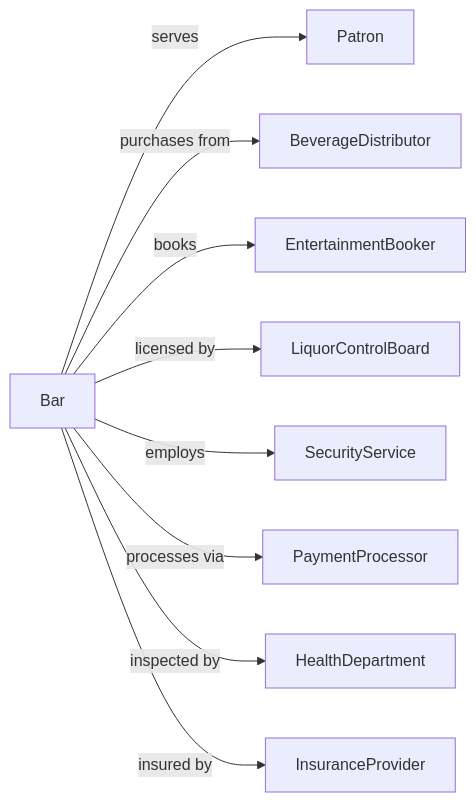
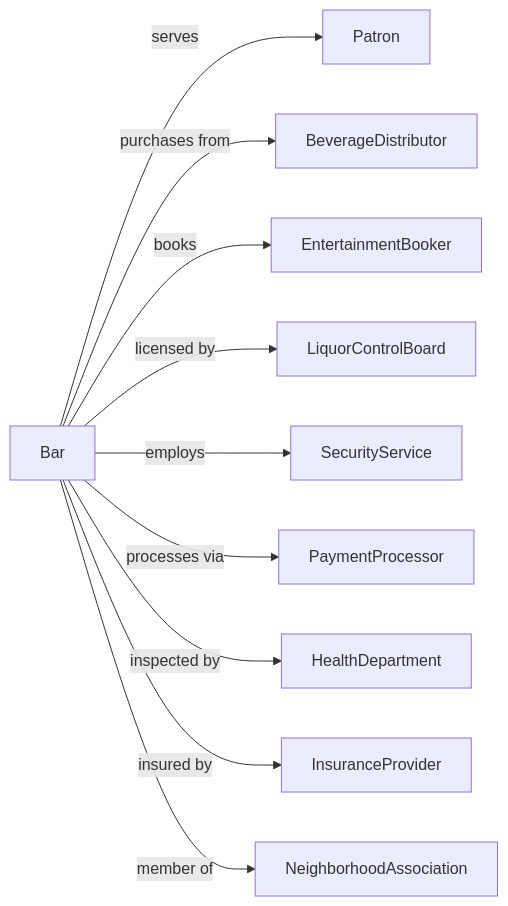
Before and after one commit to dot-org-ai/industries.org.ai: the second of 2 diagrams in Accommodation/FoodServicesAndDrinkingPlaces/DrinkingPlacesAlcoholicBeverages/DrinkingPlacesAlcoholicBeverages.mdx, drawn with Mermaid. The commit also changed 588 other files, not shown here.

````diff
--- a/Accommodation/FoodServicesAndDrinkingPlaces/DrinkingPlacesAlcoholicBeverages/DrinkingPlacesAlcoholicBeverages.mdx
+++ b/Accommodation/FoodServicesAndDrinkingPlaces/DrinkingPlacesAlcoholicBeverages/DrinkingPlacesAlcoholicBeverages.mdx
@@ -139,13 +139,14 @@
 ```mermaid
 graph LR
     B[Bar]
 
     B -->|serves| Patron
     B -->|purchases from| BeverageDistributor
     B -->|books| EntertainmentBooker
     B -->|licensed by| LiquorControlBoard
     B -->|employs| SecurityService
     B -->|processes via| PaymentProcessor
     B -->|inspected by| HealthDepartment
     B -->|insured by| InsuranceProvider
+    B -->|member of| NeighborhoodAssociation
 ```
````
